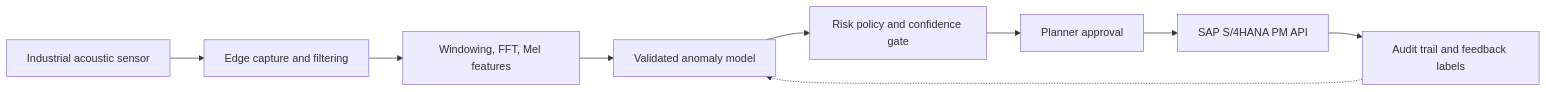
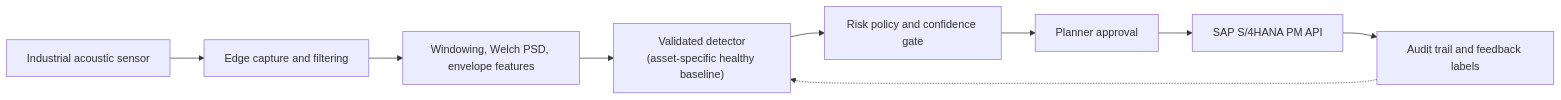
One commit to lalitsonawane/acoustic-diagnostic-agent-mvp changed the third of 3 diagrams in docs/architecture.md. Above: the diagram before and after it, drawn with Mermaid. The commit also changed other lines of this file and 37 other files, not shown here.

````diff
--- a/docs/architecture.md
+++ b/docs/architecture.md
@@ -83,11 +117,11 @@
 ```mermaid
 flowchart LR
     sensor["Industrial acoustic sensor"] --> edge["Edge capture and filtering"]
-    edge --> feature["Windowing, FFT, Mel features"]
-    feature --> model["Validated anomaly model"]
+    edge --> feature["Windowing, Welch PSD, envelope features"]
+    feature --> model["Validated detector\n(asset-specific healthy baseline)"]
     model --> policy["Risk policy and confidence gate"]
     policy --> human["Planner approval"]
     human --> api["SAP S/4HANA PM API"]
     api --> audit["Audit trail and feedback labels"]
     audit -.-> model
 ```
````
